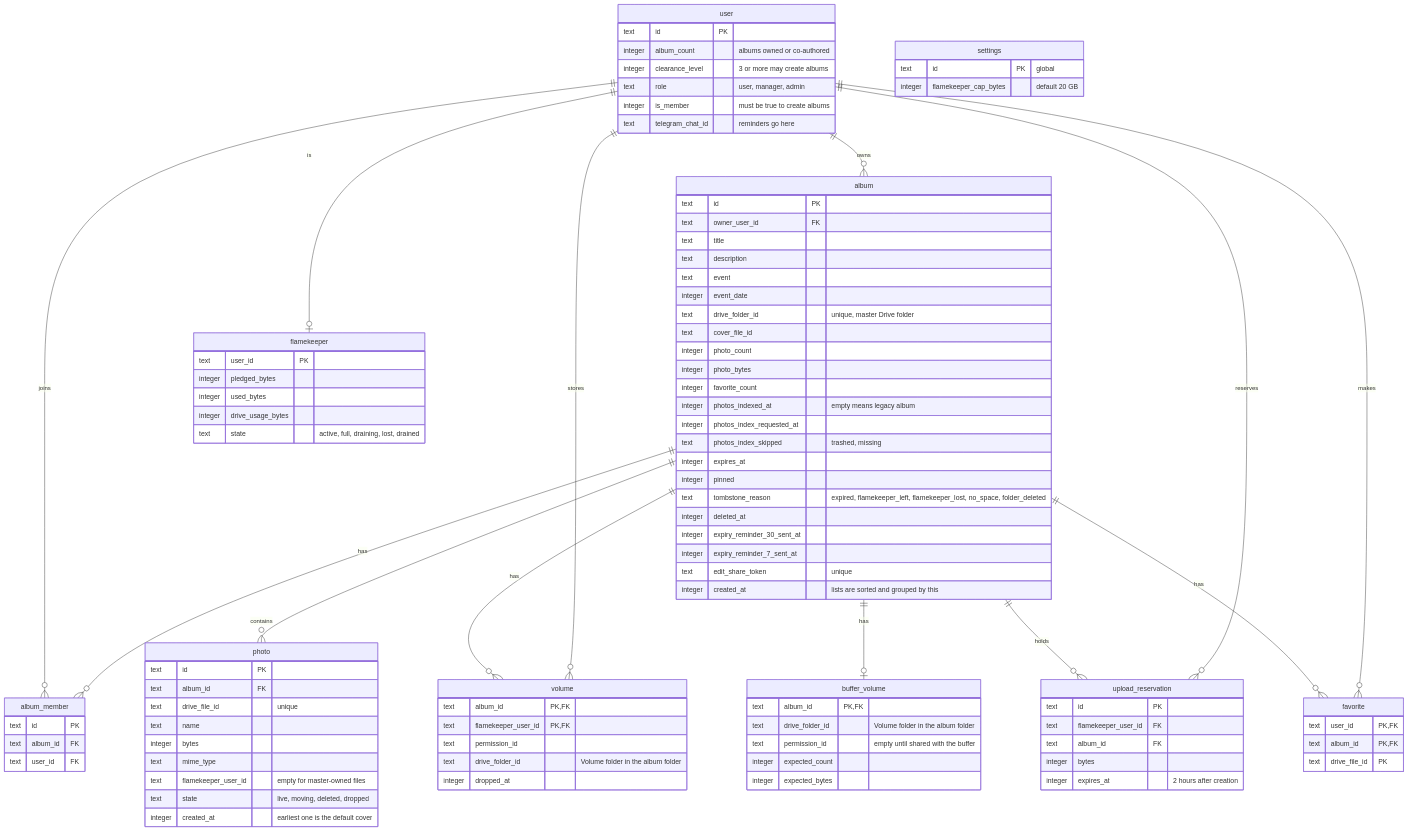
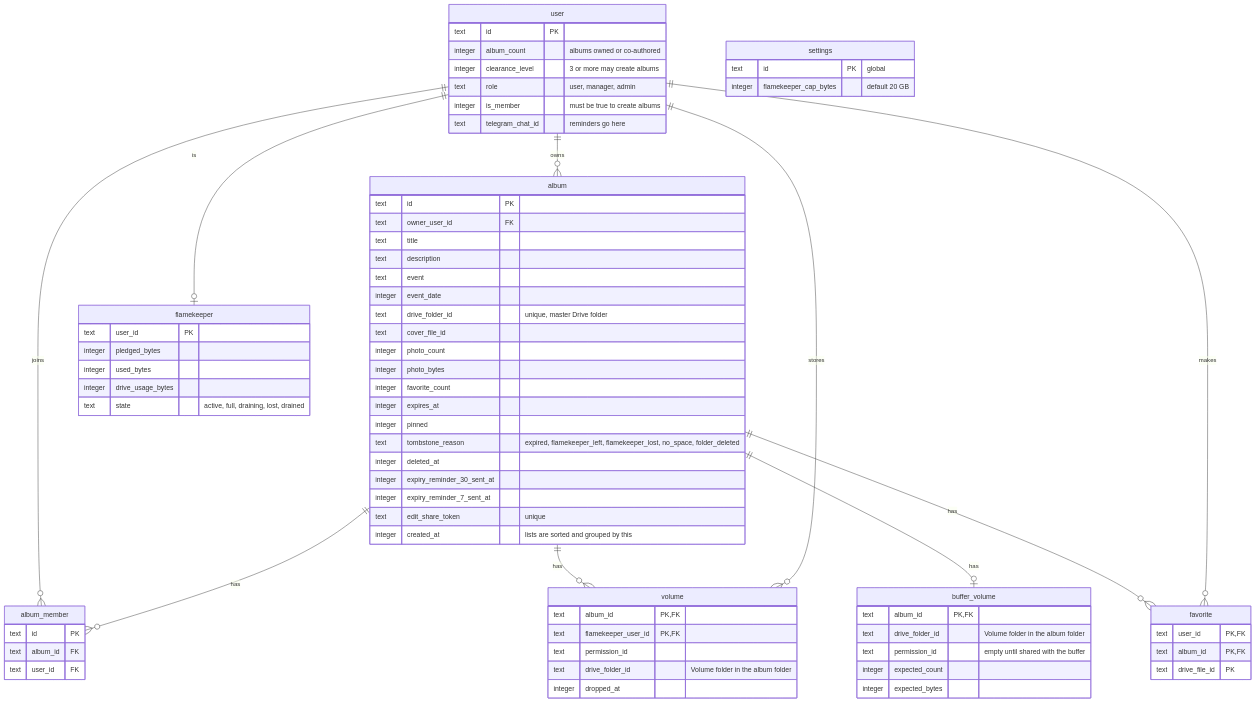
Before and after one commit to sagyzdop/meriksirat: the diagram in docs/scenarios/albums/erd.md, drawn with Mermaid. The commit also changed other lines of this file and 45 other files, not shown here.

```diff
--- a/docs/scenarios/albums/erd.md
+++ b/docs/scenarios/albums/erd.md
@@ -20,14 +18,11 @@
     user ||--o{ album : owns
     user ||--o{ album_member : joins
     album ||--o{ album_member : has
-    album ||--o{ photo : contains
     album ||--o{ volume : has
     album ||--o| buffer_volume : has
-    album ||--o{ upload_reservation : holds
     album ||--o{ favorite : has
     user ||--o{ favorite : makes
     user ||--o{ volume : stores
-    user ||--o{ upload_reservation : reserves
     user ||--o| flamekeeper : is
     user {
         text id PK
@@ -49,9 +44,6 @@
         integer photo_count
         integer photo_bytes
         integer favorite_count
-        integer photos_indexed_at "empty means legacy album"
-        integer photos_index_requested_at
-        text photos_index_skipped "trashed, missing"
         integer expires_at
         integer pinned
         text tombstone_reason "expired, flamekeeper_left, flamekeeper_lost, no_space, folder_deleted"
@@ -65,17 +57,6 @@
         text id PK
         text album_id FK
         text user_id FK
-    }
-    photo {
-        text id PK
-        text album_id FK
-        text drive_file_id "unique"
-        text name
-        integer bytes
-        text mime_type
-        text flamekeeper_user_id "empty for master-owned files"
-        text state "live, moving, deleted, dropped"
-        integer created_at "earliest one is the default cover"
     }
     favorite {
         text user_id PK, FK
@@ -96,13 +77,6 @@
         text drive_folder_id "Volume folder in the album folder"
         integer dropped_at
     }
-    upload_reservation {
-        text id PK
-        text flamekeeper_user_id FK
-        text album_id FK
-        integer bytes
-        integer expires_at "2 hours after creation"
-    }
     flamekeeper {
         text user_id PK
         integer pledged_bytes
```
